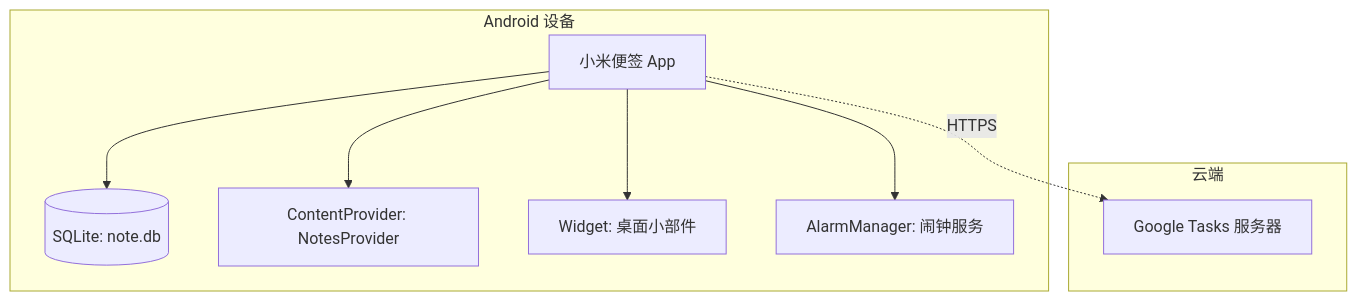
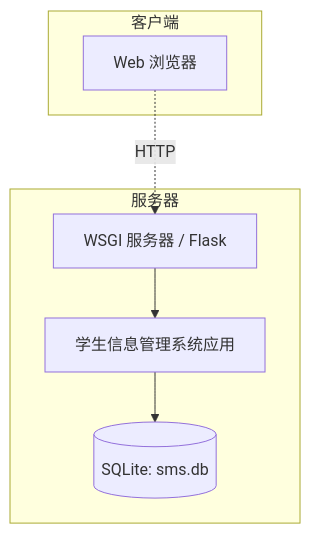
Before and after one commit to otreeevol/project: the fourth of 4 diagrams in docs/03-软件总体设计方案.md, drawn with Mermaid. The commit also changed other lines of this file and 221 other files, not shown here.

First line of the commit message:
重构：自选项目学生信息管理系统（Flask + SQLite 三层架构）

````diff
--- a/docs/03-软件总体设计方案.md
+++ b/docs/03-软件总体设计方案.md
@@ -101,14 +93,14 @@
 ```mermaid
 graph TD
-    subgraph Android 设备
-        App[小米便签 App]
-        App --> SQLiteDB[(SQLite: note.db)]
-        App --> CP[ContentProvider: NotesProvider]
-        App --> WM[Widget: 桌面小部件]
-        App --> Alarm[AlarmManager: 闹钟服务]
+    subgraph 服务器
+        WSGI[WSGI 服务器 / Flask]
+        App[学生信息管理系统应用]
+        SQLiteDB[(SQLite: sms.db)]
+        WSGI --> App
+        App --> SQLiteDB
     end
-    subgraph 云端
-        GT[Google Tasks 服务器]
+    subgraph 客户端
+        Browser[Web 浏览器]
     end
-    App -.->|HTTPS| GT
+    Browser -.->|HTTP| WSGI
 ```
````
